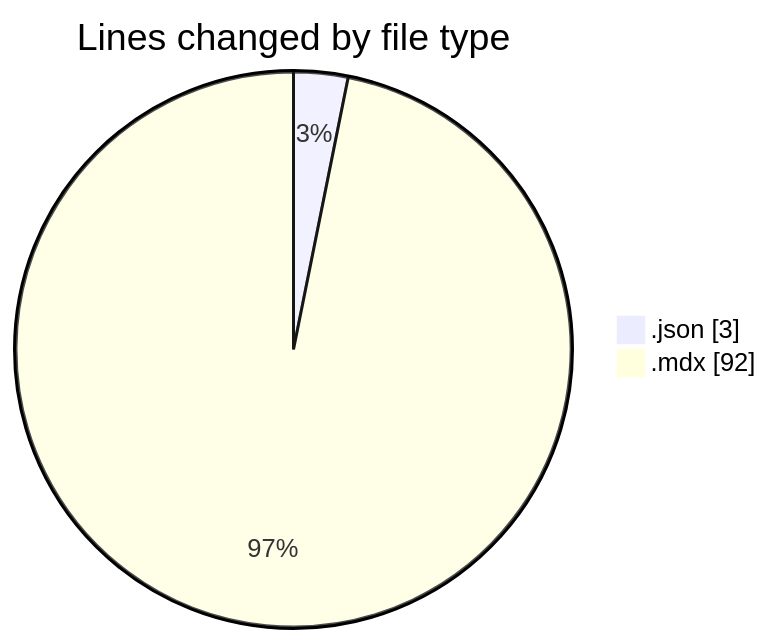
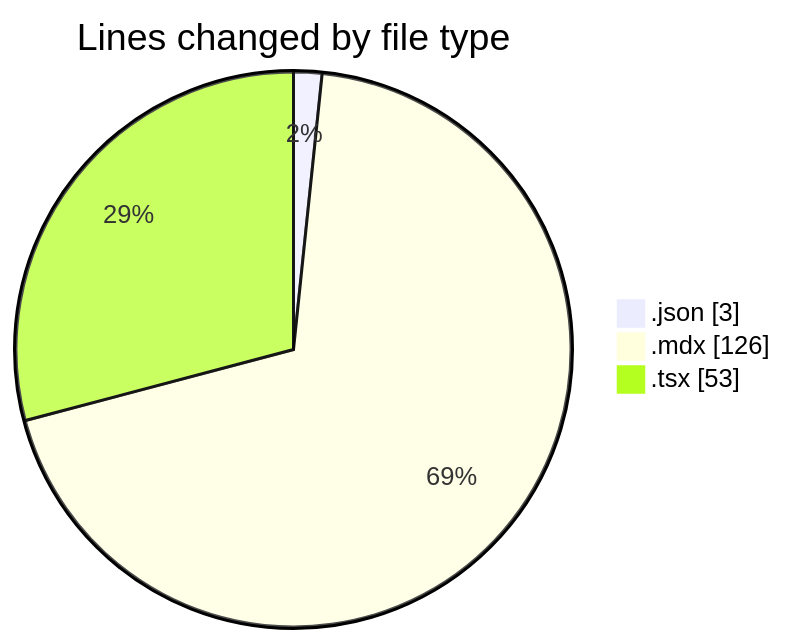
Before and after one commit to Elitesun/code-tracking: the first of 2 diagrams in 2025-05-27/elitesun/README.md, drawn with Mermaid. The commit also changed other lines of this file and 1 other file, not shown here.

````diff
--- a/2025-05-27/elitesun/README.md
+++ b/2025-05-27/elitesun/README.md
@@ -23,6 +25,7 @@
 ```mermaid
 pie showData
 title Lines changed by file type
 ".json" : 3
-".mdx" : 92
+".mdx" : 126
+".tsx" : 53
 ```
````
